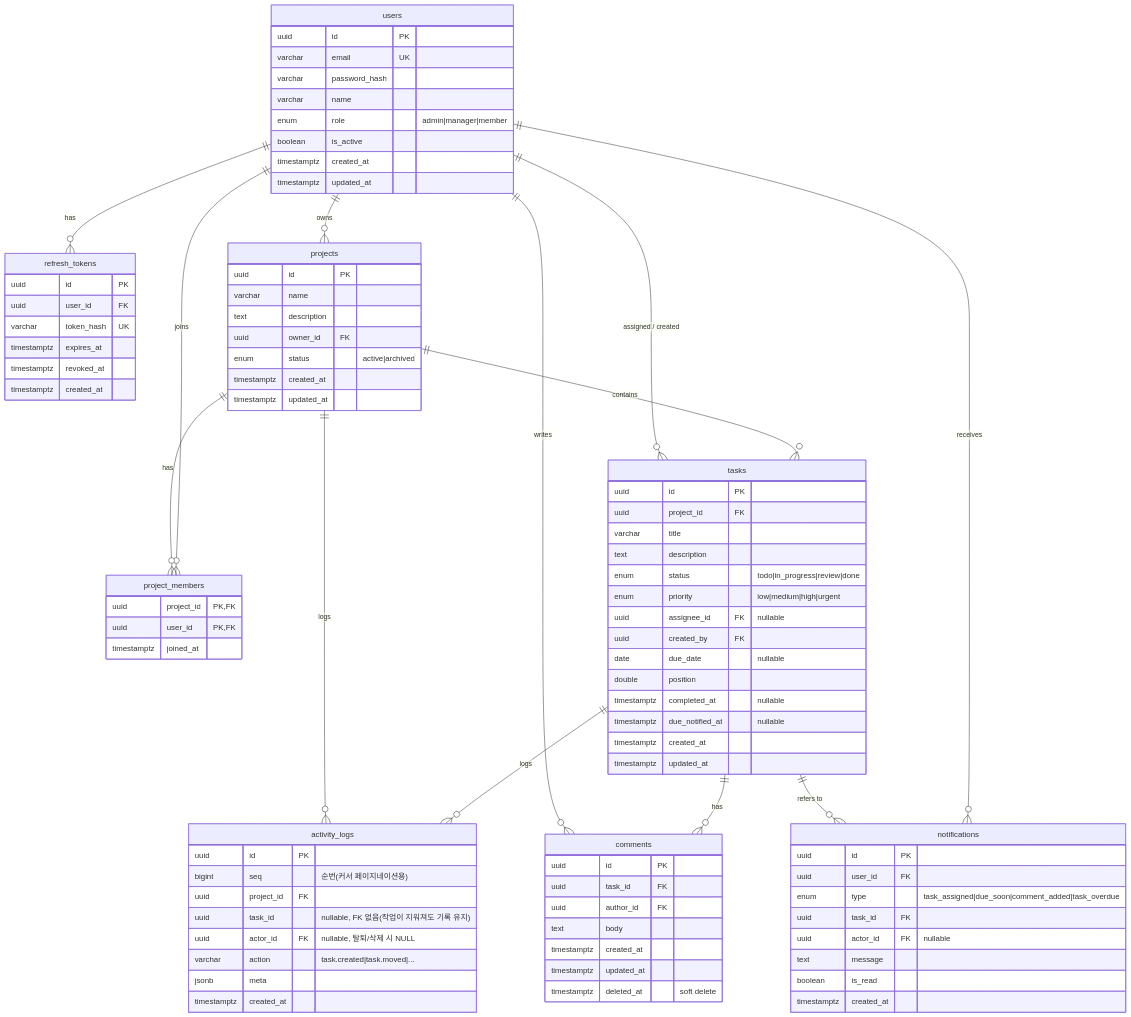
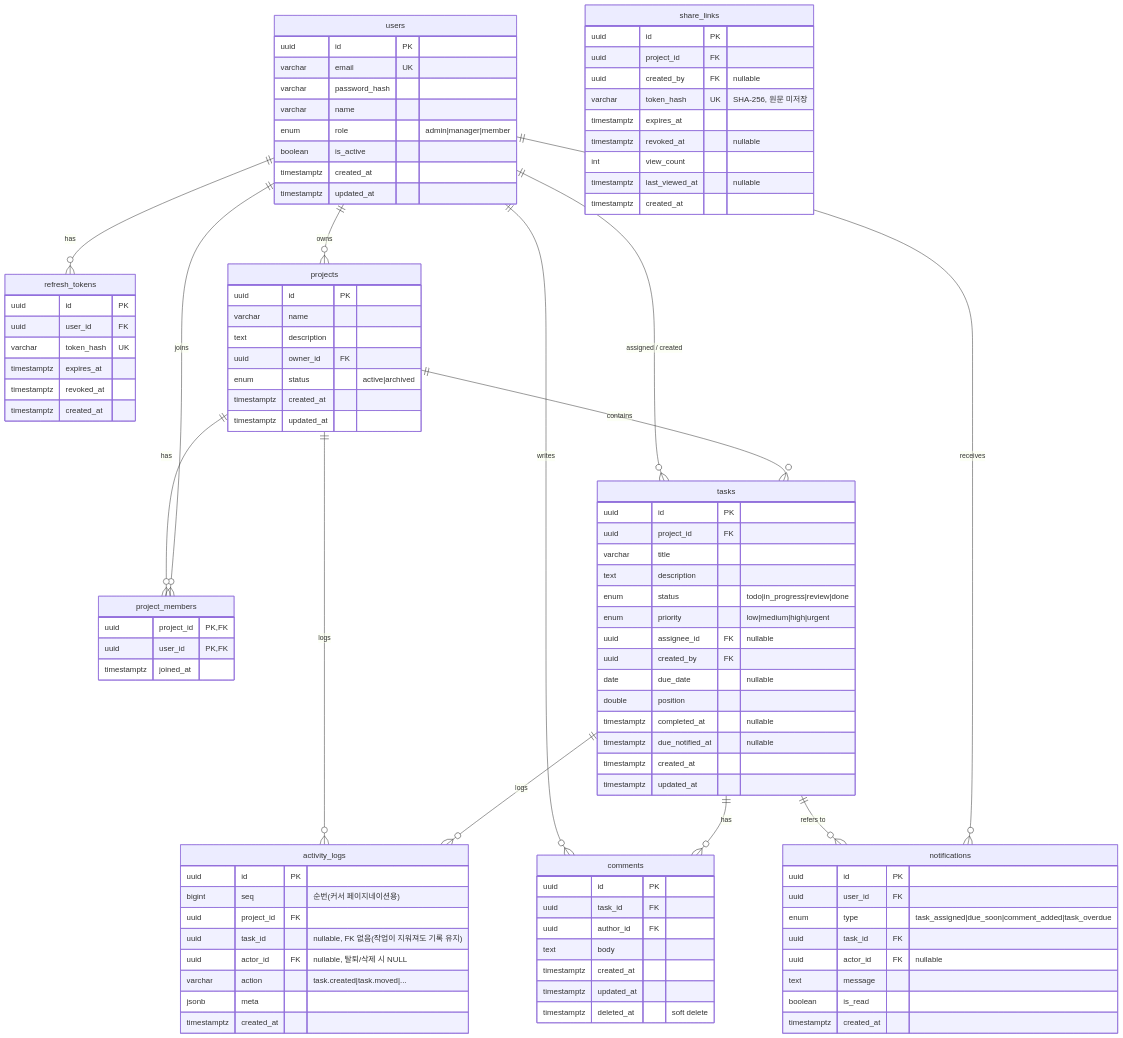
The diagram in docs/DESIGN.md (stulss/team-pm-app), drawn with Mermaid before and after one commit. The commit also changed other lines of this file and 32 other files, not shown here.

First line of the commit message:
feat(share): CSV export and read-only public share links for project history (M10b)

```diff
--- a/docs/DESIGN.md
+++ b/docs/DESIGN.md
@@ -130,6 +130,17 @@
         boolean is_read
         timestamptz created_at
     }
+    share_links {
+        uuid id PK
+        uuid project_id FK
+        uuid created_by FK "nullable"
+        varchar token_hash UK "SHA-256, 원문 미저장"
+        timestamptz expires_at
+        timestamptz revoked_at "nullable"
+        int view_count
+        timestamptz last_viewed_at "nullable"
+        timestamptz created_at
+    }
     activity_logs {
         uuid id PK
         bigint seq "순번(커서 페이지네이션용)"
```
